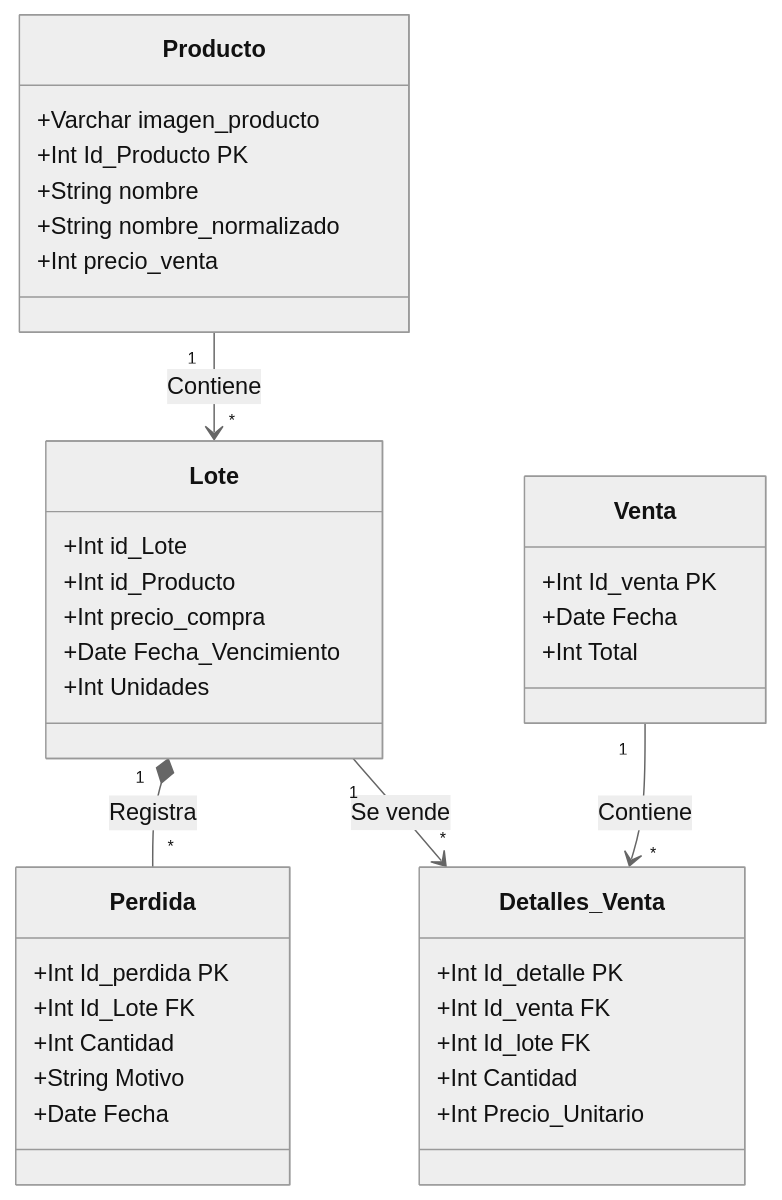
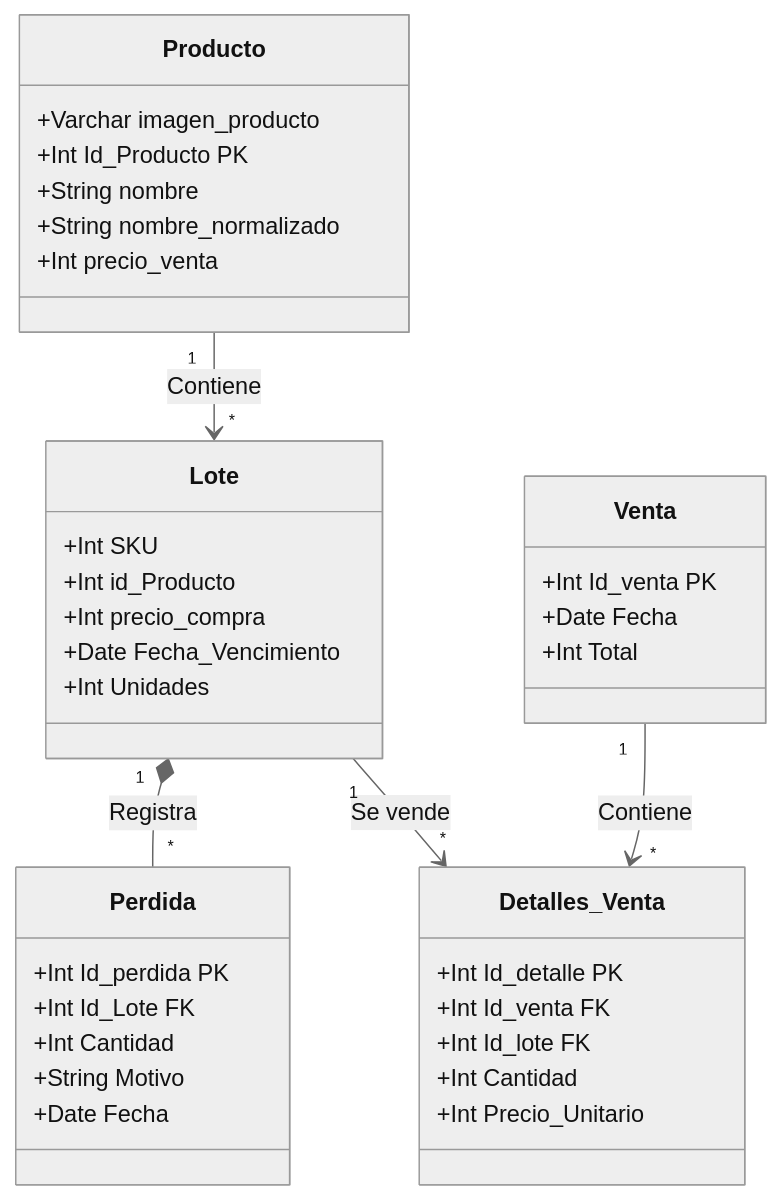
Before and after one commit to CokkeDev/Mi-Negocio: the first of 3 diagrams in README.md, drawn with Mermaid (neutral theme).

Commit message:
Remove id_Lote from Lote class
Removed id_Lote field from Lote class in README and add SKU as ID_Lote

````diff
--- a/README.md
+++ b/README.md
@@ -39,45 +39,45 @@
 ```mermaid
 classDiagram
   class Producto {
     +Varchar imagen_producto
     +Int Id_Producto PK
     +String nombre
     +String nombre_normalizado
     +Int precio_venta
   }
 
   class Lote {
-    +Int id_Lote
+    +Int SKU
     +Int id_Producto
     +Int precio_compra
     +Date Fecha_Vencimiento
     +Int Unidades
   }
 
   class Perdida {
     +Int Id_perdida PK
     +Int Id_Lote FK
     +Int Cantidad
     +String Motivo
     +Date Fecha
   }
 
   class Venta {
     +Int Id_venta PK
     +Date Fecha
     +Int Total
   }
 
     class Detalles_Venta{
     +Int Id_detalle PK
     +Int Id_venta FK
     +Int Id_lote FK
     +Int Cantidad
     +Int Precio_Unitario
   }
 
   Producto "1" --> "*" Lote : Contiene
   Lote "1" *-- "*" Perdida : Registra
   Lote "1" --> "*" Detalles_Venta : Se vende
   Venta "1" --> "*" Detalles_Venta : Contiene
 ```
````
